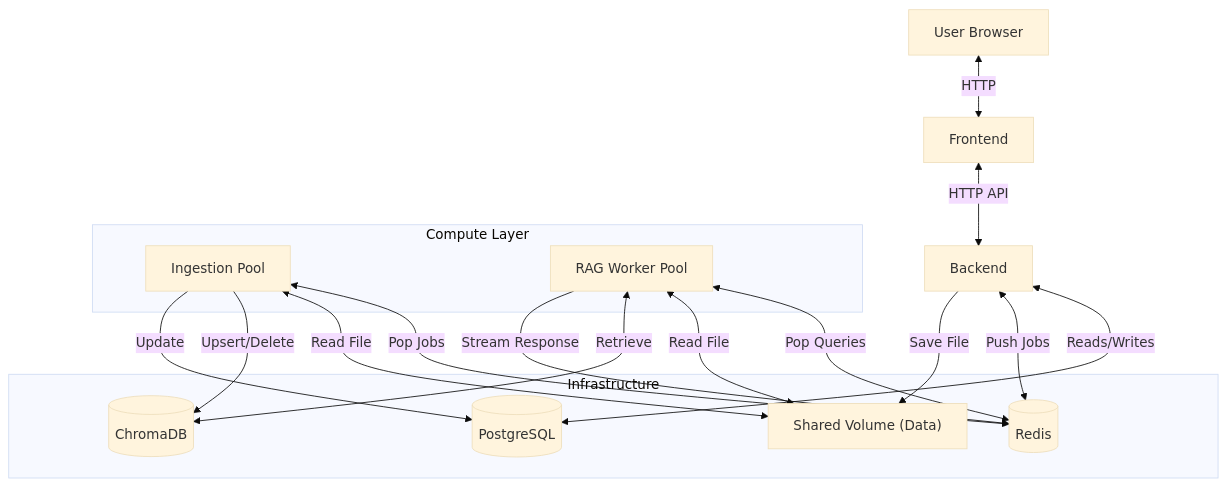
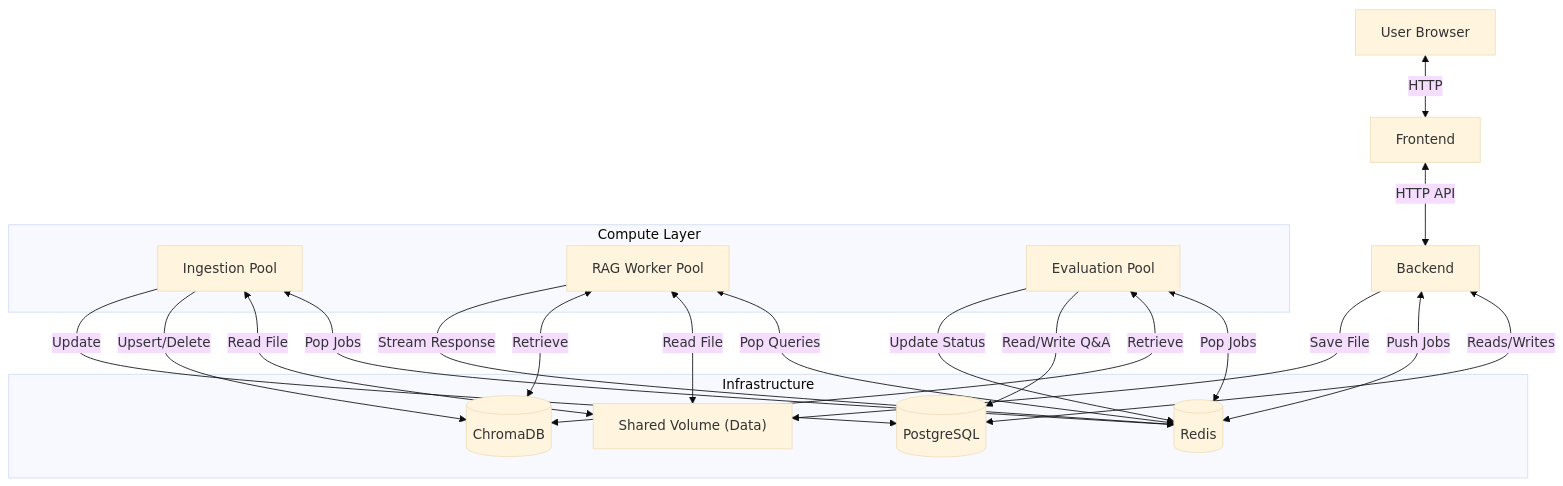
Before and after one commit to harshgurjar731/rag_chatbot: the first of 4 diagrams in architecture.md, drawn with Mermaid (base theme). The commit also changed other lines of this file, not shown here.

First line of the commit message:
Enhance architecture with Evaluation Pool and Q&A model

````diff
--- a/architecture.md
+++ b/architecture.md
@@ -18,31 +19,37 @@
 ```mermaid
 graph TD
     User[User Browser] <-->|HTTP| Frontend
     Frontend <-->|HTTP API| Backend
     
     subgraph "Infrastructure"
         Redis[(Redis)]
         Postgres[(PostgreSQL)]
         Chroma[(ChromaDB)]
         SharedVol["Shared Volume (Data)"]
     end
 
     Backend <-->|Reads/Writes| Postgres
     Backend <-->|Push Jobs| Redis
     Backend -->|Save File| SharedVol
 
     subgraph "Compute Layer"
         Ingestion[Ingestion Pool]
         Workers[RAG Worker Pool]
+        Evaluation[Evaluation Pool]
     end
 
     Ingestion <-->|Pop Jobs| Redis
     Ingestion <-->|Read File| SharedVol
     Ingestion -->|Upsert/Delete| Chroma
     Ingestion -->|Update| Postgres
 
     Workers <-->|Pop Queries| Redis
     Workers <-->|Read File| SharedVol
     Workers <-->|Retrieve| Chroma
     Workers -->|Stream Response| Redis
+
+    Evaluation <-->|Pop Jobs| Redis
+    Evaluation <-->|Retrieve| Chroma
+    Evaluation -->|Read/Write Q&A| Postgres
+    Evaluation -->|Update Status| Redis
 ```
````
